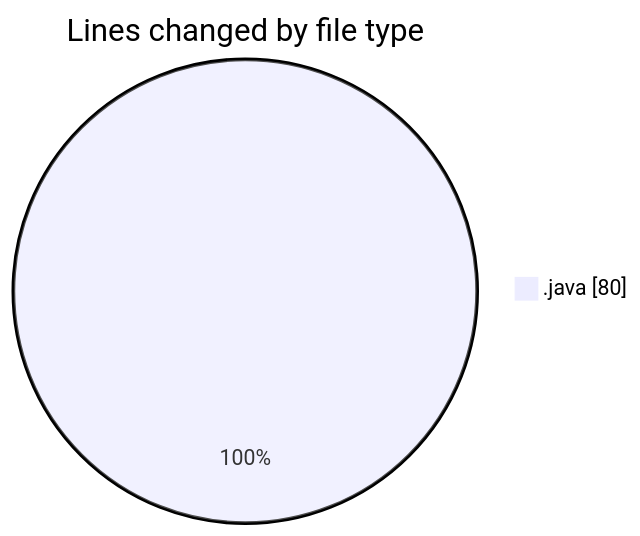
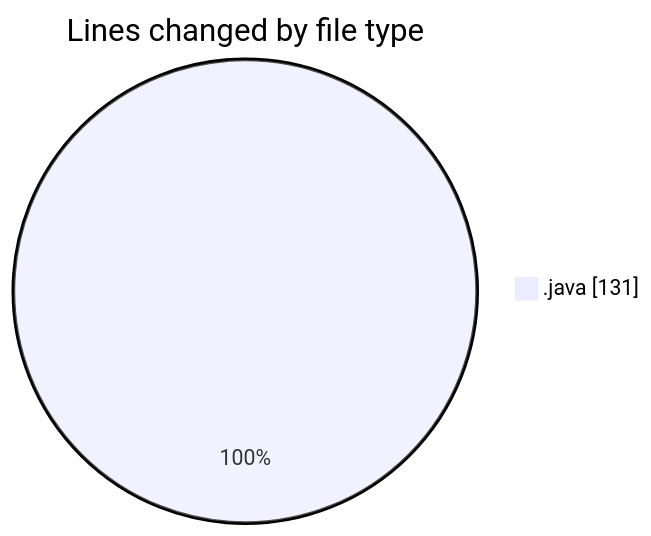
Before and after one commit to NitaiMahat/code-tracking: the first of 2 diagrams in 2025-05-27/minisocialnetwork/README.md, drawn with Mermaid. The commit also changed other lines of this file and 1 other file, not shown here.

````diff
--- a/2025-05-27/minisocialnetwork/README.md
+++ b/2025-05-27/minisocialnetwork/README.md
@@ -25,5 +25,5 @@
 ```mermaid
 pie showData
 title Lines changed by file type
-".java" : 80
+".java" : 131
 ```
````
